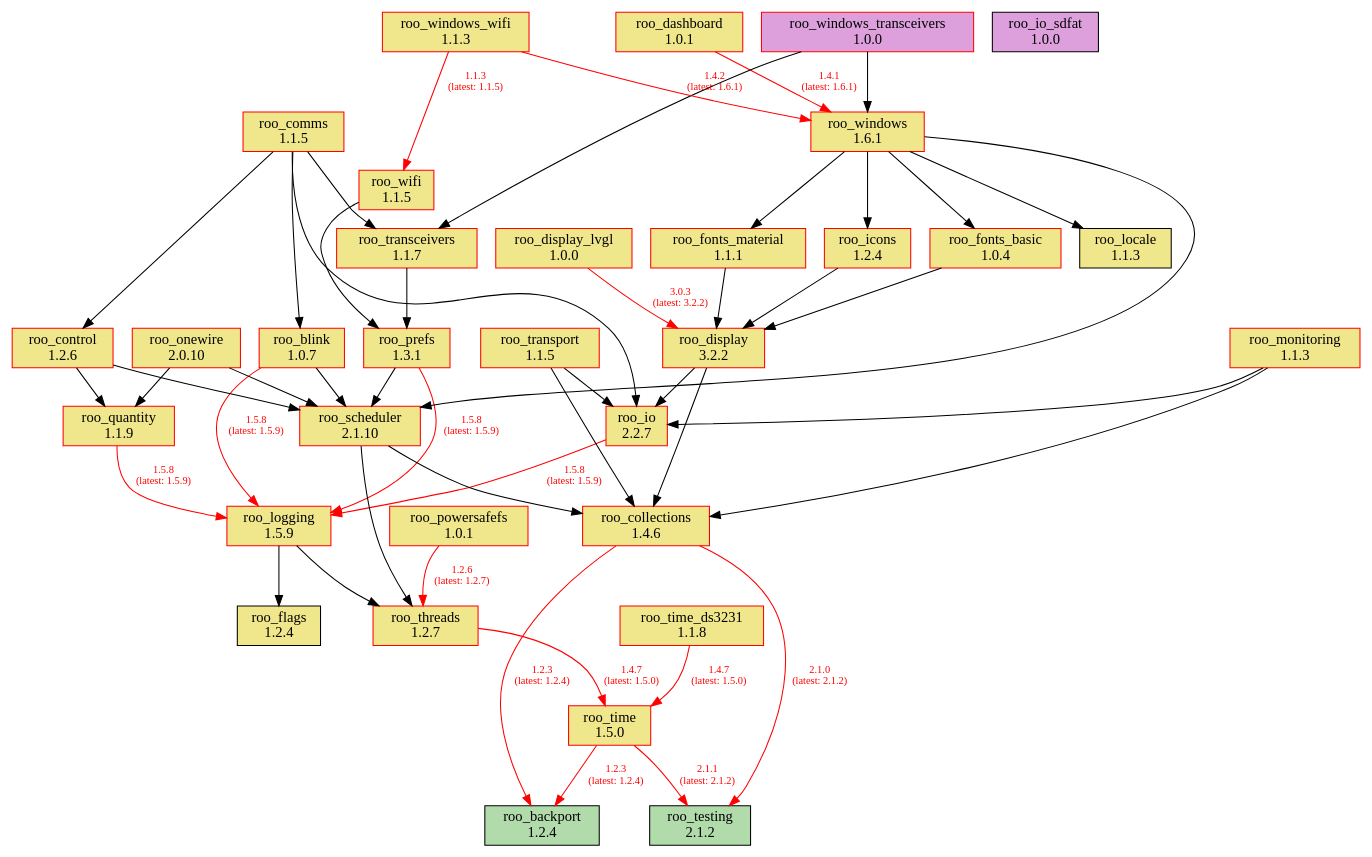
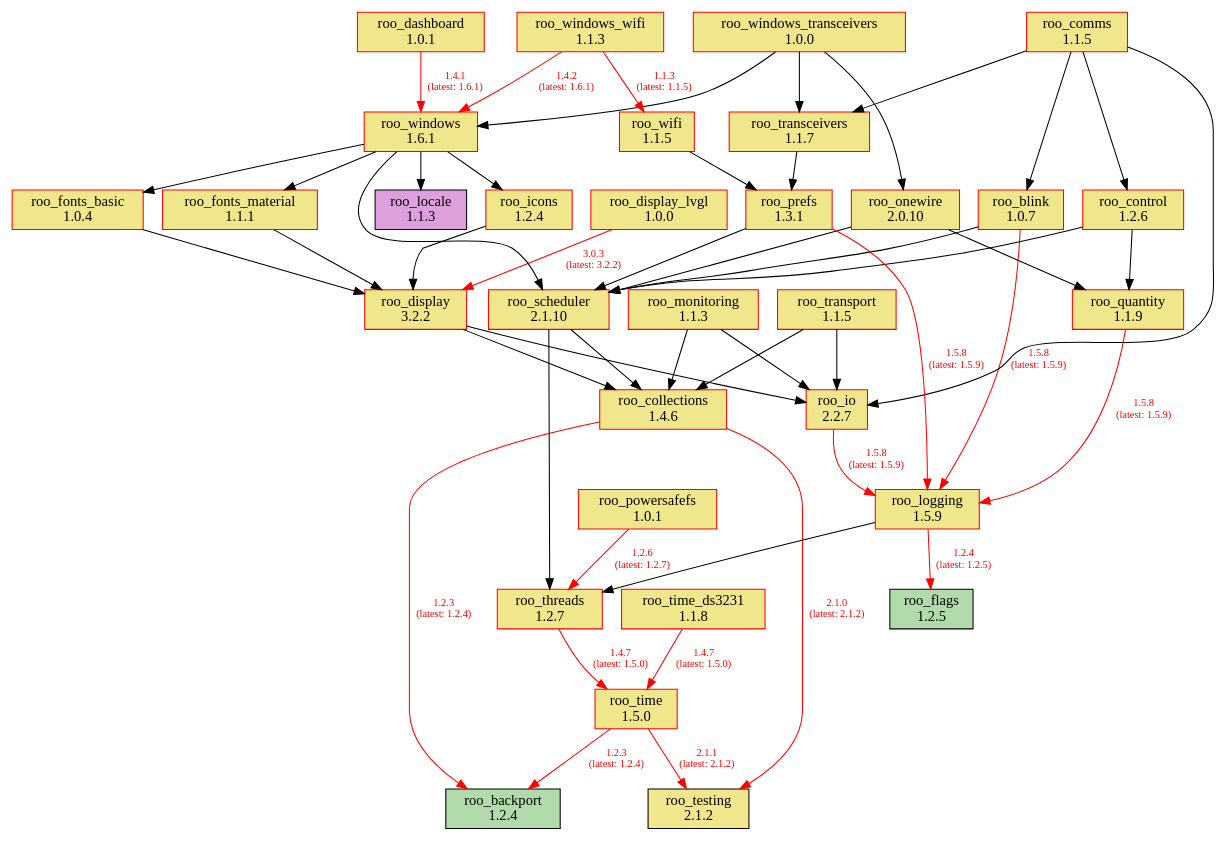
One commit to dejwk/roo-registry changed the diagram in doc/dependencies.dot. Above: the diagram before and after it, drawn with Graphviz. The commit also changed 3 other files, not shown here.

Commit message:
Added roo_flags 1.2.5 to the registry.

```diff
--- a/doc/dependencies.dot
+++ b/doc/dependencies.dot
@@ -1,88 +1,88 @@
 digraph dependencies {
     rankdir=TB;
     node [shape=box, style=filled];
     edge [fontsize=10];
 
     // Modules
     "roo_backport" [label="roo_backport\n1.2.4", fillcolor="#b1dbab", color="black"];
     "roo_blink" [label="roo_blink\n1.0.7", fillcolor="khaki", color="red"];
     "roo_collections" [label="roo_collections\n1.4.6", fillcolor="khaki", color="red"];
     "roo_comms" [label="roo_comms\n1.1.5", fillcolor="khaki", color="red"];
     "roo_control" [label="roo_control\n1.2.6", fillcolor="khaki", color="red"];
     "roo_dashboard" [label="roo_dashboard\n1.0.1", fillcolor="khaki", color="red"];
     "roo_display" [label="roo_display\n3.2.2", fillcolor="khaki", color="red"];
     "roo_display_lvgl" [label="roo_display_lvgl\n1.0.0", fillcolor="khaki", color="red"];
-    "roo_flags" [label="roo_flags\n1.2.4", fillcolor="khaki", color="black"];
+    "roo_flags" [label="roo_flags\n1.2.5", fillcolor="#b1dbab", color="black"];
     "roo_fonts_basic" [label="roo_fonts_basic\n1.0.4", fillcolor="khaki", color="red"];
     "roo_fonts_material" [label="roo_fonts_material\n1.1.1", fillcolor="khaki", color="red"];
     "roo_icons" [label="roo_icons\n1.2.4", fillcolor="khaki", color="red"];
     "roo_io" [label="roo_io\n2.2.7", fillcolor="khaki", color="red"];
-    "roo_io_sdfat" [label="roo_io_sdfat\n1.0.0", fillcolor="plum", color="black"];
-    "roo_locale" [label="roo_locale\n1.1.3", fillcolor="khaki", color="black"];
+    "roo_locale" [label="roo_locale\n1.1.3", fillcolor="plum", color="black"];
     "roo_logging" [label="roo_logging\n1.5.9", fillcolor="khaki", color="red"];
     "roo_monitoring" [label="roo_monitoring\n1.1.3", fillcolor="khaki", color="red"];
     "roo_onewire" [label="roo_onewire\n2.0.10", fillcolor="khaki", color="red"];
     "roo_powersafefs" [label="roo_powersafefs\n1.0.1", fillcolor="khaki", color="red"];
     "roo_prefs" [label="roo_prefs\n1.3.1", fillcolor="khaki", color="red"];
     "roo_quantity" [label="roo_quantity\n1.1.9", fillcolor="khaki", color="red"];
     "roo_scheduler" [label="roo_scheduler\n2.1.10", fillcolor="khaki", color="red"];
-    "roo_testing" [label="roo_testing\n2.1.2", fillcolor="#b1dbab", color="black"];
+    "roo_testing" [label="roo_testing\n2.1.2", fillcolor="khaki", color="black"];
     "roo_threads" [label="roo_threads\n1.2.7", fillcolor="khaki", color="red"];
     "roo_time" [label="roo_time\n1.5.0", fillcolor="khaki", color="red"];
     "roo_time_ds3231" [label="roo_time_ds3231\n1.1.8", fillcolor="khaki", color="red"];
     "roo_transceivers" [label="roo_transceivers\n1.1.7", fillcolor="khaki", color="red"];
     "roo_transport" [label="roo_transport\n1.1.5", fillcolor="khaki", color="red"];
     "roo_wifi" [label="roo_wifi\n1.1.5", fillcolor="khaki", color="red"];
     "roo_windows" [label="roo_windows\n1.6.1", fillcolor="khaki", color="red"];
-    "roo_windows_transceivers" [label="roo_windows_transceivers\n1.0.0", fillcolor="plum", color="red"];
+    "roo_windows_transceivers" [label="roo_windows_transceivers\n1.0.0", fillcolor="khaki", color="red"];
     "roo_windows_wifi" [label="roo_windows_wifi\n1.1.3", fillcolor="khaki", color="red"];
 
     // Dependencies
     "roo_blink" -> "roo_logging" [color=red, fontcolor=red, label="1.5.8\n(latest: 1.5.9)"];
     "roo_blink" -> "roo_scheduler";
     "roo_collections" -> "roo_testing" [color=red, fontcolor=red, label="2.1.0\n(latest: 2.1.2)"];
     "roo_collections" -> "roo_backport" [color=red, fontcolor=red, label="1.2.3\n(latest: 1.2.4)"];
     "roo_comms" -> "roo_blink";
     "roo_comms" -> "roo_control";
     "roo_comms" -> "roo_io";
     "roo_comms" -> "roo_transceivers";
     "roo_control" -> "roo_quantity";
     "roo_control" -> "roo_scheduler";
     "roo_dashboard" -> "roo_windows" [color=red, fontcolor=red, label="1.4.1\n(latest: 1.6.1)"];
     "roo_display" -> "roo_collections";
     "roo_display" -> "roo_io";
     "roo_display_lvgl" -> "roo_display" [color=red, fontcolor=red, label="3.0.3\n(latest: 3.2.2)"];
     "roo_fonts_basic" -> "roo_display";
     "roo_fonts_material" -> "roo_display";
     "roo_icons" -> "roo_display";
     "roo_io" -> "roo_logging" [color=red, fontcolor=red, label="1.5.8\n(latest: 1.5.9)"];
-    "roo_logging" -> "roo_flags";
+    "roo_logging" -> "roo_flags" [color=red, fontcolor=red, label="1.2.4\n(latest: 1.2.5)"];
     "roo_logging" -> "roo_threads";
     "roo_monitoring" -> "roo_collections";
     "roo_monitoring" -> "roo_io";
     "roo_onewire" -> "roo_scheduler";
     "roo_onewire" -> "roo_quantity";
     "roo_powersafefs" -> "roo_threads" [color=red, fontcolor=red, label="1.2.6\n(latest: 1.2.7)"];
     "roo_prefs" -> "roo_logging" [color=red, fontcolor=red, label="1.5.8\n(latest: 1.5.9)"];
     "roo_prefs" -> "roo_scheduler";
     "roo_quantity" -> "roo_logging" [color=red, fontcolor=red, label="1.5.8\n(latest: 1.5.9)"];
     "roo_scheduler" -> "roo_collections";
     "roo_scheduler" -> "roo_threads";
     "roo_threads" -> "roo_time" [color=red, fontcolor=red, label="1.4.7\n(latest: 1.5.0)"];
     "roo_time" -> "roo_testing" [color=red, fontcolor=red, label="2.1.1\n(latest: 2.1.2)"];
     "roo_time" -> "roo_backport" [color=red, fontcolor=red, label="1.2.3\n(latest: 1.2.4)"];
     "roo_time_ds3231" -> "roo_time" [color=red, fontcolor=red, label="1.4.7\n(latest: 1.5.0)"];
     "roo_transceivers" -> "roo_prefs";
     "roo_transport" -> "roo_collections";
     "roo_transport" -> "roo_io";
     "roo_wifi" -> "roo_prefs";
     "roo_windows" -> "roo_fonts_basic";
     "roo_windows" -> "roo_fonts_material";
     "roo_windows" -> "roo_locale";
     "roo_windows" -> "roo_icons";
     "roo_windows" -> "roo_scheduler";
+    "roo_windows_transceivers" -> "roo_onewire";
     "roo_windows_transceivers" -> "roo_transceivers";
     "roo_windows_transceivers" -> "roo_windows";
     "roo_windows_wifi" -> "roo_wifi" [color=red, fontcolor=red, label="1.1.3\n(latest: 1.1.5)"];
     "roo_windows_wifi" -> "roo_windows" [color=red, fontcolor=red, label="1.4.2\n(latest: 1.6.1)"];
 }
```
